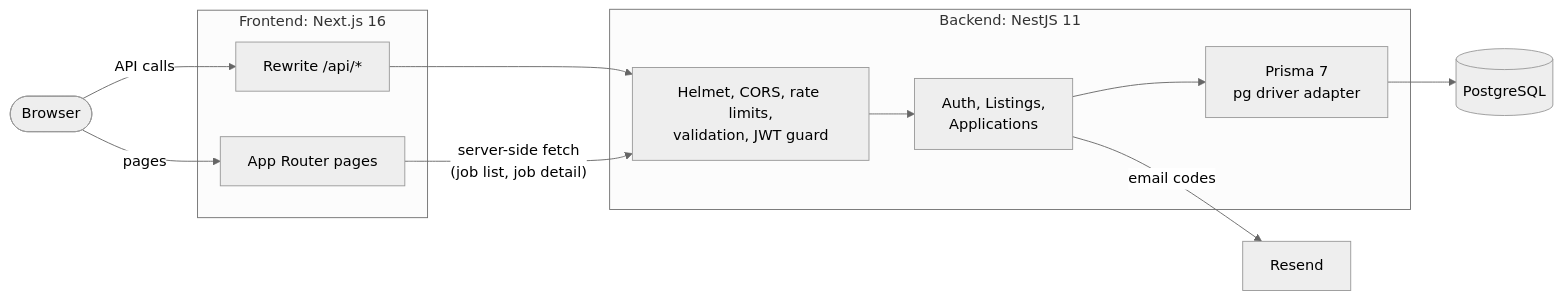
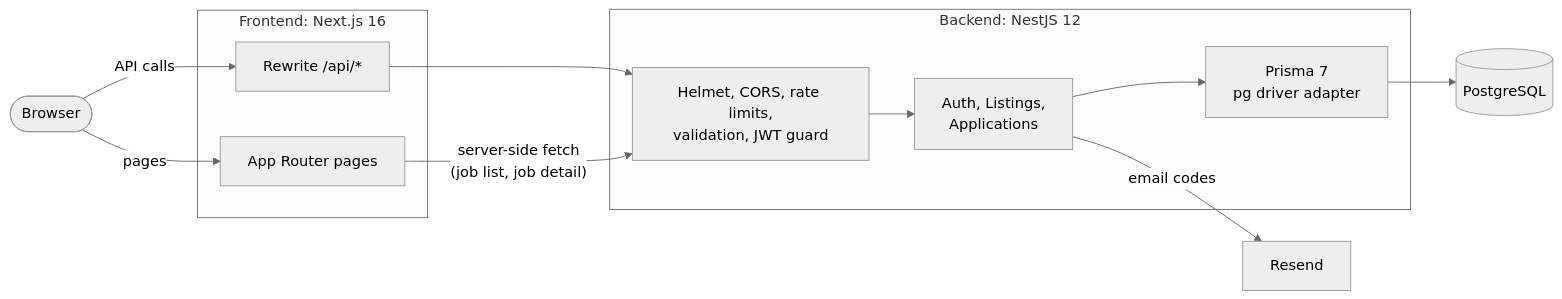
The first of 3 diagrams in README.md (Muhamed2805/SaStrane), drawn with Mermaid (neutral theme) before and after one commit. The commit also changed other lines of this file and 72 other files, not shown here.

First line of the commit message:
chore: move the backend to NestJS 12 and native ES modules

````diff
--- a/README.md
+++ b/README.md
@@ -105,25 +105,25 @@
 ```mermaid
 flowchart LR
   browser(["Browser"])
 
   subgraph web["Frontend: Next.js 16"]
     pages["App Router pages"]
     proxy["Rewrite /api/*"]
   end
 
-  subgraph api["Backend: NestJS 11"]
+  subgraph api["Backend: NestJS 12"]
     edge["Helmet, CORS, rate limits,<br/>validation, JWT guard"]
     modules["Auth, Listings,<br/>Applications"]
     orm["Prisma 7<br/>pg driver adapter"]
   end
 
   db[("PostgreSQL")]
   resend["Resend"]
 
   browser -- "pages" --> pages
   browser -- "API calls" --> proxy
   proxy --> edge
   pages -- "server-side fetch<br/>(job list, job detail)" --> edge
   edge --> modules --> orm --> db
   modules -- "email codes" --> resend
 ```
````
